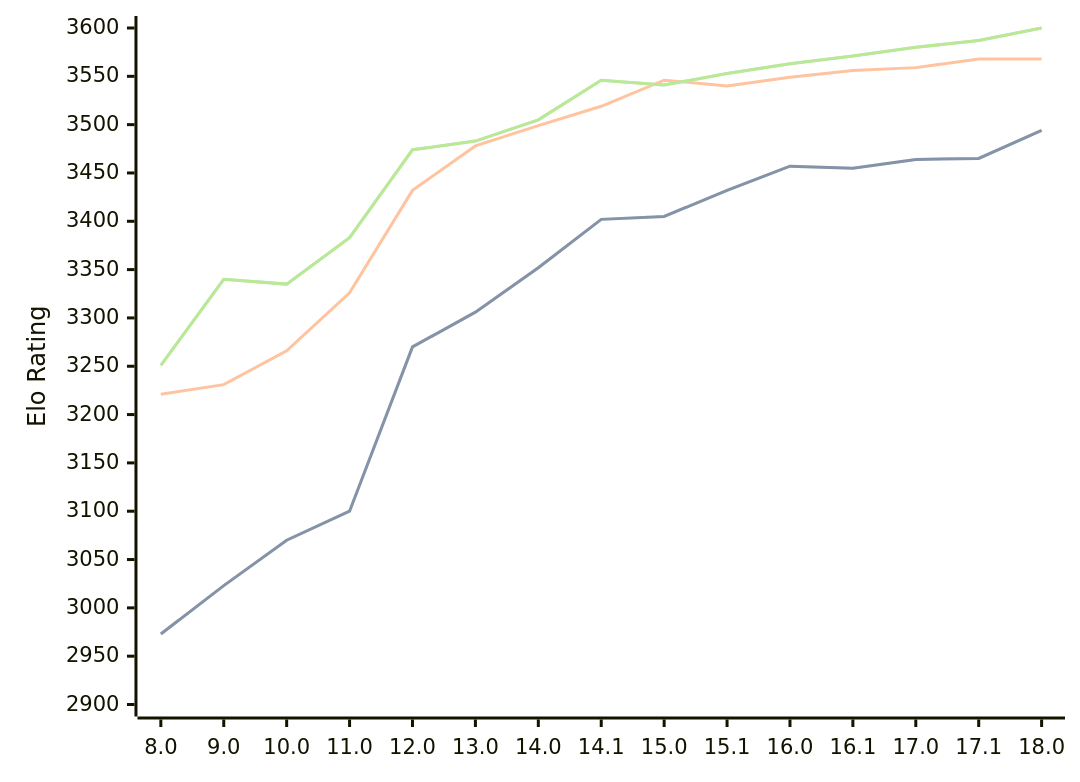
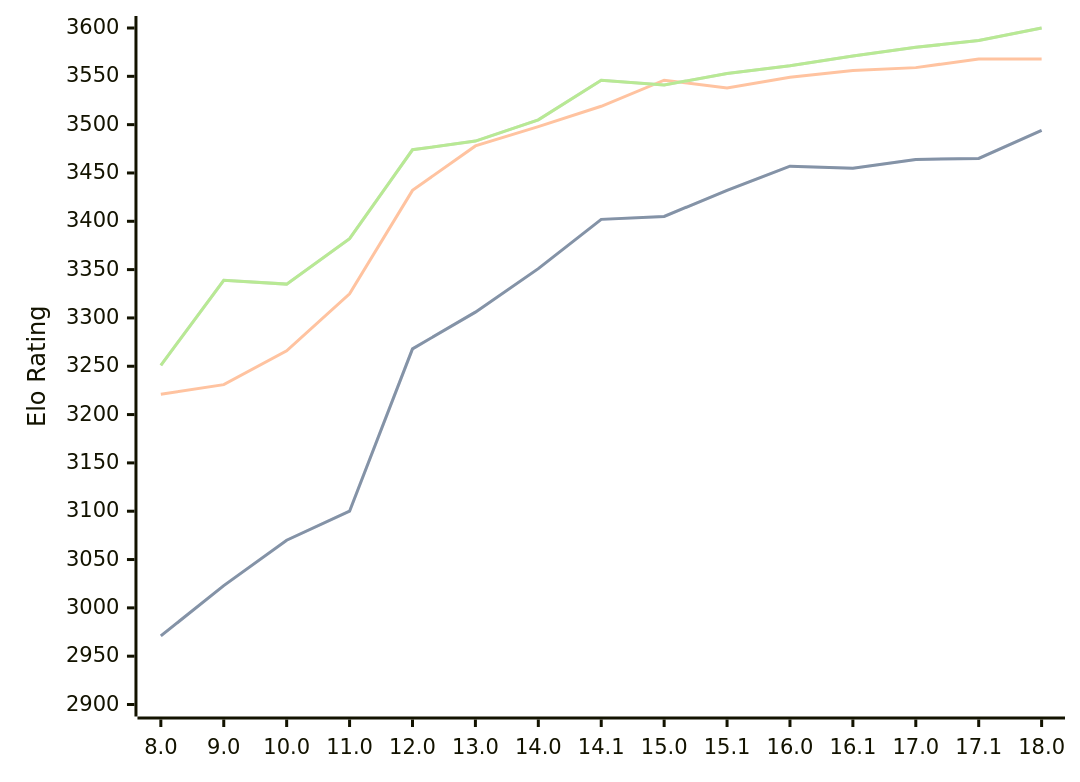
Before and after one commit to computer-chess-index/cci: the diagram in engines/Stockfish.md, drawn with Mermaid. The commit also changed other lines of this file, not shown here.

Commit message:
Update CCI Ratings (ELO VLTC) - 2026-06-09

````diff
--- a/engines/Stockfish.md
+++ b/engines/Stockfish.md
@@ -46,11 +46,11 @@
 ```mermaid
 %%{init: {"theme":"base","themeVariables":{"seriesColors:['#a3a3a3','#222221','#faa371']}}}%%
 xychart-beta
   x-axis ["8.0", "9.0", "10.0", "11.0", "12.0", "13.0", "14.0", "14.1", "15.0", "15.1", "16.0", "16.1", "17.0", "17.1", "18.0"]
   y-axis "Elo Rating" 2900 --> 3600
-  line "STC (8.0+0.08s)" [2973, 3023, 3070, 3100, 3270, 3306, 3352, 3402, 3405, 3432, 3457, 3455, 3464, 3465, 3494]
-  line "STC (8.0+0.08s)" [2973, 3023, 3070, 3100, 3270, 3306, 3352, 3402, 3405, 3432, 3457, 3455, 3464, 3465, 3494]
-  line "LTC (60.0+0.60s)" [3221, 3231, 3266, 3326, 3432, 3478, 3499, 3519, 3546, 3540, 3549, 3556, 3559, 3568, 3568]
-  line "VLTC (2m24s+1.12s)" [3251, 3340, 3335, 3383, 3474, 3483, 3505, 3546, 3541, 3553, 3563, 3571, 3580, 3587, 3600]
-  line "VLTC (2m24s+1.12s)" [3251, 3340, 3335, 3383, 3474, 3483, 3505, 3546, 3541, 3553, 3563, 3571, 3580, 3587, 3600]
+  line "STC (8.0+0.08s)" [2971, 3023, 3070, 3100, 3268, 3306, 3351, 3402, 3405, 3432, 3457, 3455, 3464, 3465, 3494]
+  line "STC (8.0+0.08s)" [2971, 3023, 3070, 3100, 3268, 3306, 3351, 3402, 3405, 3432, 3457, 3455, 3464, 3465, 3494]
+  line "LTC (60.0+0.60s)" [3221, 3231, 3266, 3325, 3432, 3478, 3498, 3519, 3546, 3538, 3549, 3556, 3559, 3568, 3568]
+  line "VLTC (2m24s+1.12s)" [3251, 3339, 3335, 3382, 3474, 3483, 3505, 3546, 3541, 3553, 3561, 3571, 3580, 3587, 3600]
+  line "VLTC (2m24s+1.12s)" [3251, 3339, 3335, 3382, 3474, 3483, 3505, 3546, 3541, 3553, 3561, 3571, 3580, 3587, 3600]
 ```
````
